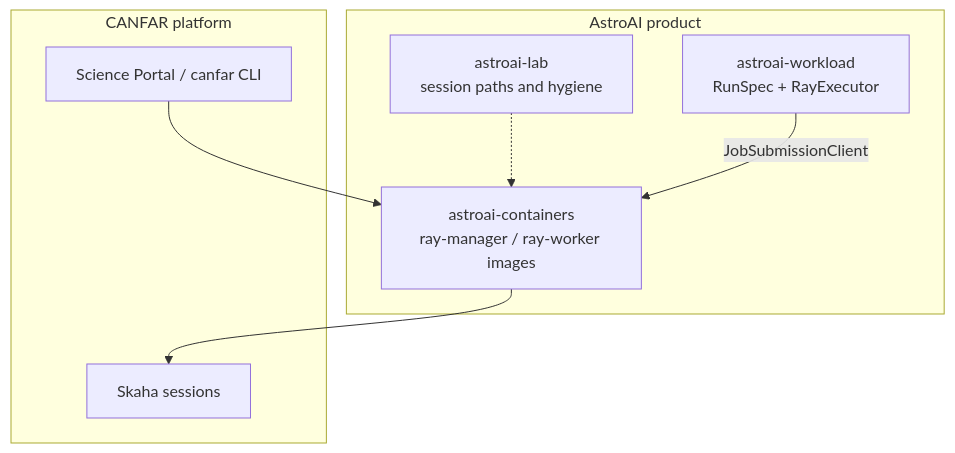
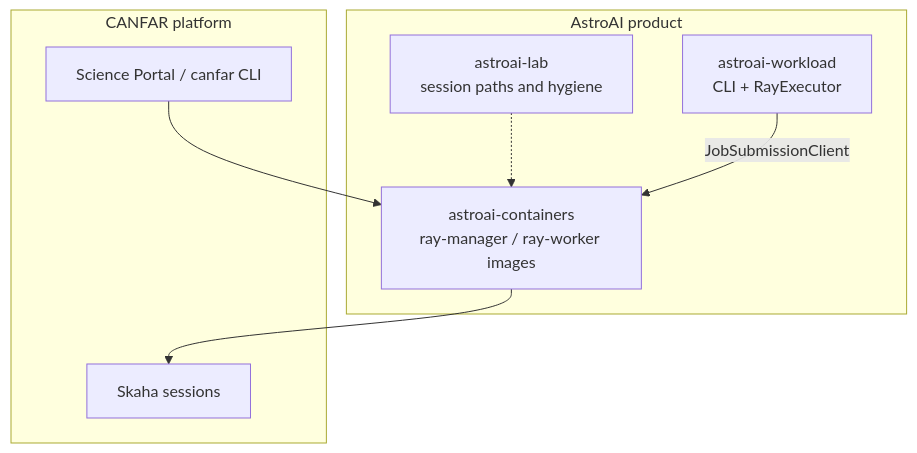
Before and after one commit to astroai/astroai-workload: the first of 2 diagrams in README.md, drawn with Mermaid. The commit also changed other lines of this file and 10 other files, not shown here.

````diff
--- a/README.md
+++ b/README.md
@@ -7,16 +7,16 @@
 ```mermaid
 flowchart TB
   subgraph product [AstroAI product]
     Cont["astroai-containers<br/>ray-manager / ray-worker images"]
     Lab["astroai-lab<br/>session paths and hygiene"]
-    WL["astroai-workload<br/>RunSpec + RayExecutor"]
+    WL["astroai-workload<br/>CLI + RayExecutor"]
   end
   subgraph platform [CANFAR platform]
     Portal[Science Portal / canfar CLI]
     Skaha[Skaha sessions]
   end
   Portal --> Cont
   Cont --> Skaha
   Lab -.-> Cont
   WL -->|"JobSubmissionClient"| Cont
 ```
````
